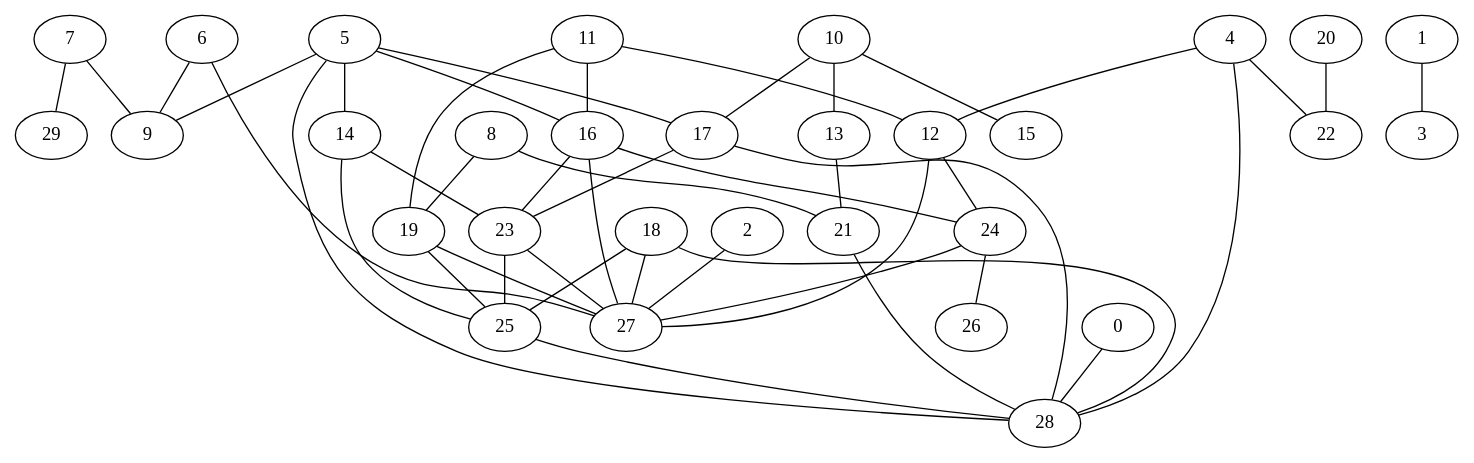
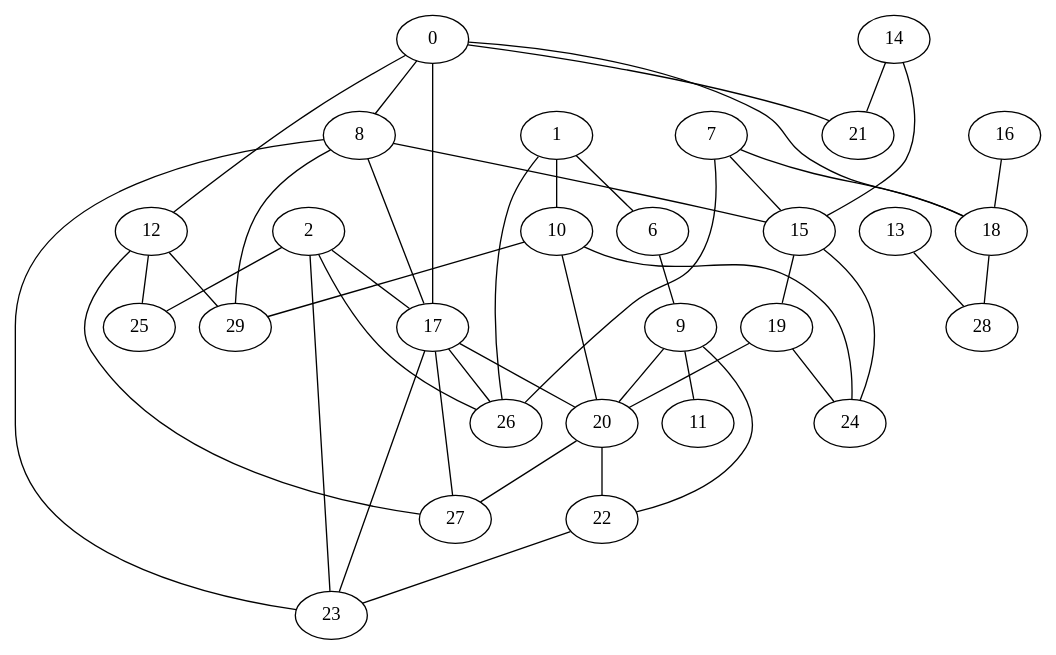
The diagram in Erdös-Rényi_generado.gv (amorac4/DAA24), drawn with Graphviz before and after one commit. The commit also changed 7 other files, not shown here.

```diff
--- a/Erdös-Rényi_generado.gv
+++ b/Erdös-Rényi_generado.gv
@@ -1,47 +1,47 @@
 graph G {
-    "11" -- "16";
-    "5" -- "9";
     "6" -- "9";
-    "1" -- "3";
-    "10" -- "17";
+    "22" -- "23";
+    "8" -- "23";
     "12" -- "27";
-    "21" -- "28";
-    "24" -- "26";
-    "10" -- "15";
-    "8" -- "19";
-    "4" -- "12";
-    "4" -- "22";
-    "16" -- "24";
-    "7" -- "29";
-    "11" -- "19";
-    "13" -- "21";
-    "0" -- "28";
-    "17" -- "28";
-    "24" -- "27";
-    "18" -- "27";
-    "12" -- "24";
-    "19" -- "25";
+    "1" -- "26";
+    "9" -- "22";
+    "17" -- "20";
+    "1" -- "6";
+    "15" -- "19";
+    "2" -- "26";
+    "0" -- "21";
+    "7" -- "15";
+    "0" -- "17";
+    "2" -- "23";
+    "9" -- "11";
+    "8" -- "29";
     "17" -- "23";
-    "2" -- "27";
-    "14" -- "23";
-    "23" -- "25";
-    "4" -- "28";
+    "1" -- "10";
+    "16" -- "18";
+    "8" -- "15";
+    "20" -- "27";
     "20" -- "22";
-    "5" -- "17";
-    "10" -- "13";
-    "8" -- "21";
-    "16" -- "23";
+    "9" -- "20";
+    "12" -- "25";
+    "0" -- "18";
+    "7" -- "18";
+    "0" -- "12";
+    "19" -- "24";
+    "10" -- "24";
+    "13" -- "28";
+    "14" -- "15";
     "18" -- "28";
-    "5" -- "28";
-    "11" -- "12";
-    "25" -- "28";
-    "7" -- "9";
-    "5" -- "16";
-    "18" -- "25";
-    "14" -- "25";
-    "19" -- "27";
-    "5" -- "14";
-    "16" -- "27";
-    "6" -- "27";
-    "23" -- "27";
+    "12" -- "29";
+    "8" -- "17";
+    "0" -- "8";
+    "19" -- "20";
+    "17" -- "27";
+    "2" -- "17";
+    "15" -- "24";
+    "7" -- "26";
+    "10" -- "20";
+    "14" -- "21";
+    "2" -- "25";
+    "17" -- "26";
+    "10" -- "29";
 }
```
